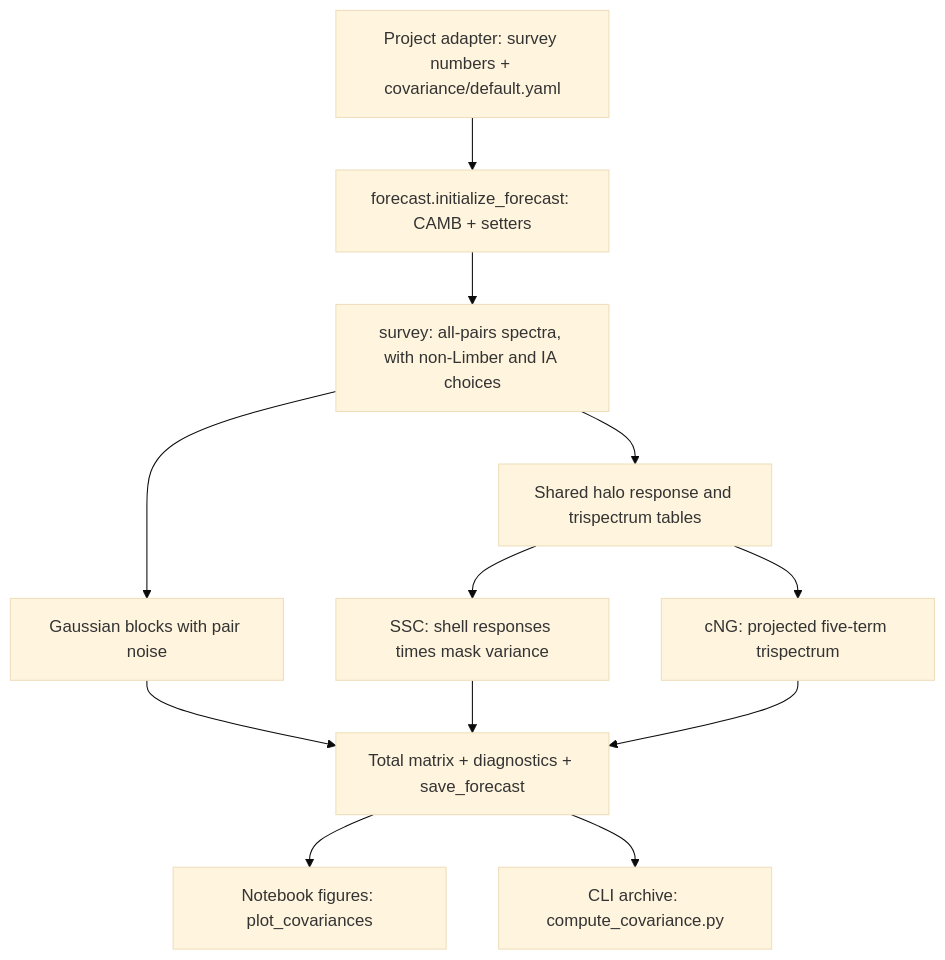
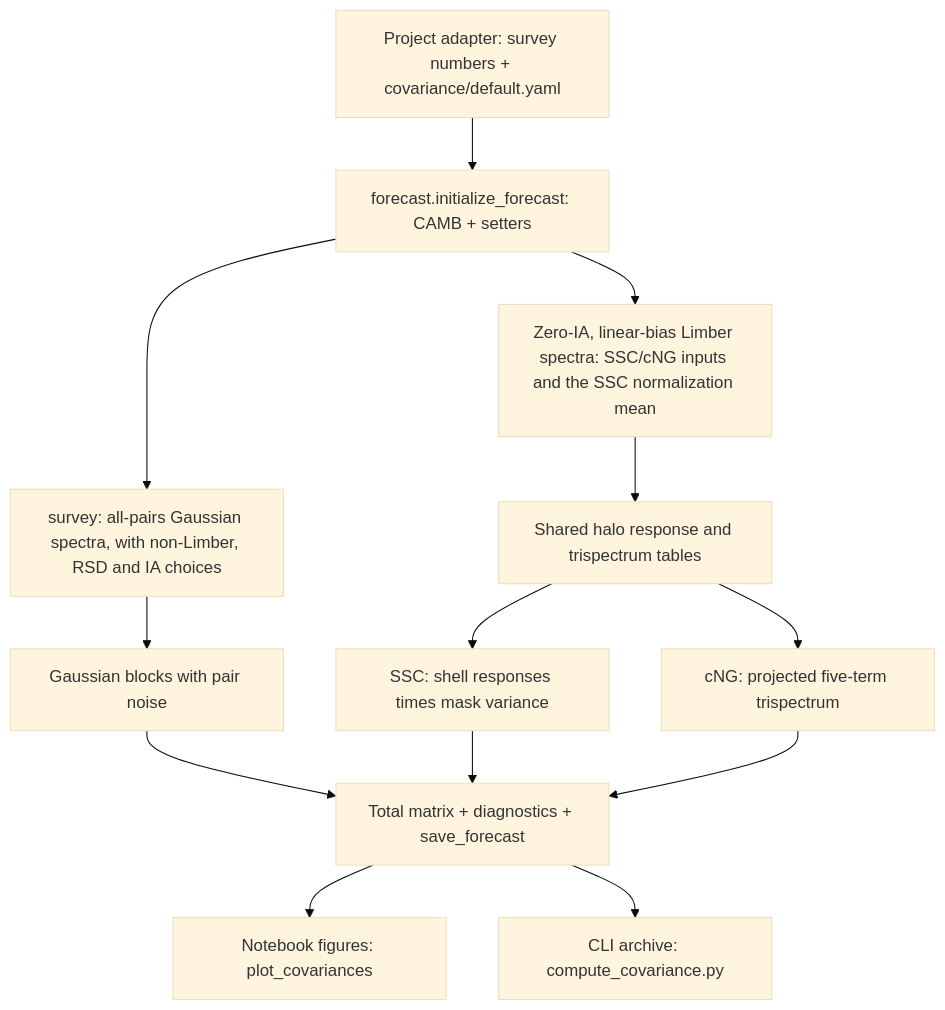
The diagram in cosmolike_notebook_utils/covariance/README.md (SBU-COSMOLIKE/cocoa-cosmolike-core), drawn with Mermaid (base theme) before and after one commit. The commit also changed other lines of this file and 7 other files, not shown here.

````diff
--- a/cosmolike_notebook_utils/covariance/README.md
+++ b/cosmolike_notebook_utils/covariance/README.md
@@ -46,14 +46,15 @@
 ```mermaid
 flowchart TB
   A["Project adapter: survey numbers + covariance/default.yaml"] --> B["forecast.initialize_forecast: CAMB + setters"]
-  B --> C["survey: all-pairs spectra, with non-Limber and IA choices"]
+  B --> C["survey: all-pairs Gaussian spectra, with non-Limber, RSD and IA choices"]
+  B --> E["Zero-IA, linear-bias Limber spectra: SSC/cNG inputs and the SSC normalization mean"]
   C --> D["Gaussian blocks with pair noise"]
-  C --> E["Shared halo response and trispectrum tables"]
-  E --> F["SSC: shell responses times mask variance"]
-  E --> G["cNG: projected five-term trispectrum"]
-  D --> H["Total matrix + diagnostics + save_forecast"]
-  F --> H
-  G --> H
-  H --> I["Notebook figures: plot_covariances"]
-  H --> J["CLI archive: compute_covariance.py"]
+  E --> F["Shared halo response and trispectrum tables"]
+  F --> G["SSC: shell responses times mask variance"]
+  F --> H["cNG: projected five-term trispectrum"]
+  D --> I["Total matrix + diagnostics + save_forecast"]
+  G --> I
+  H --> I
+  I --> J["Notebook figures: plot_covariances"]
+  I --> K["CLI archive: compute_covariance.py"]
 ```
````
